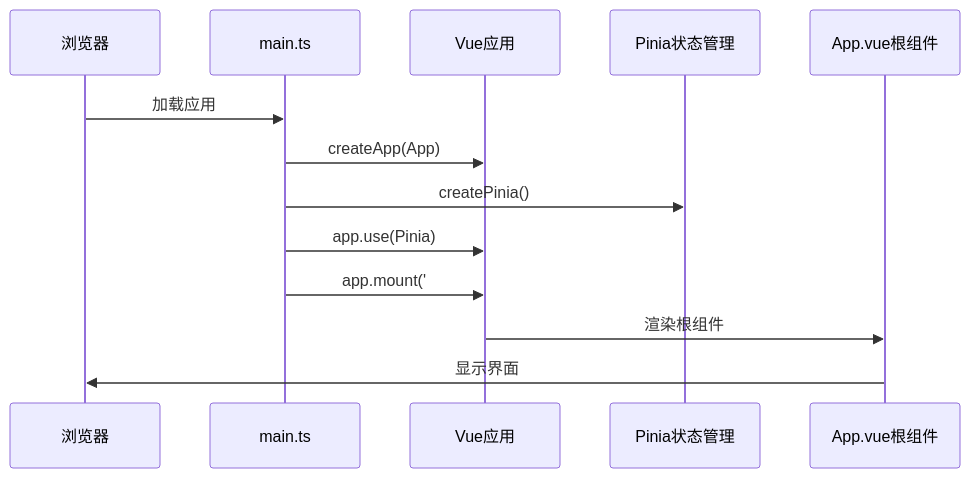
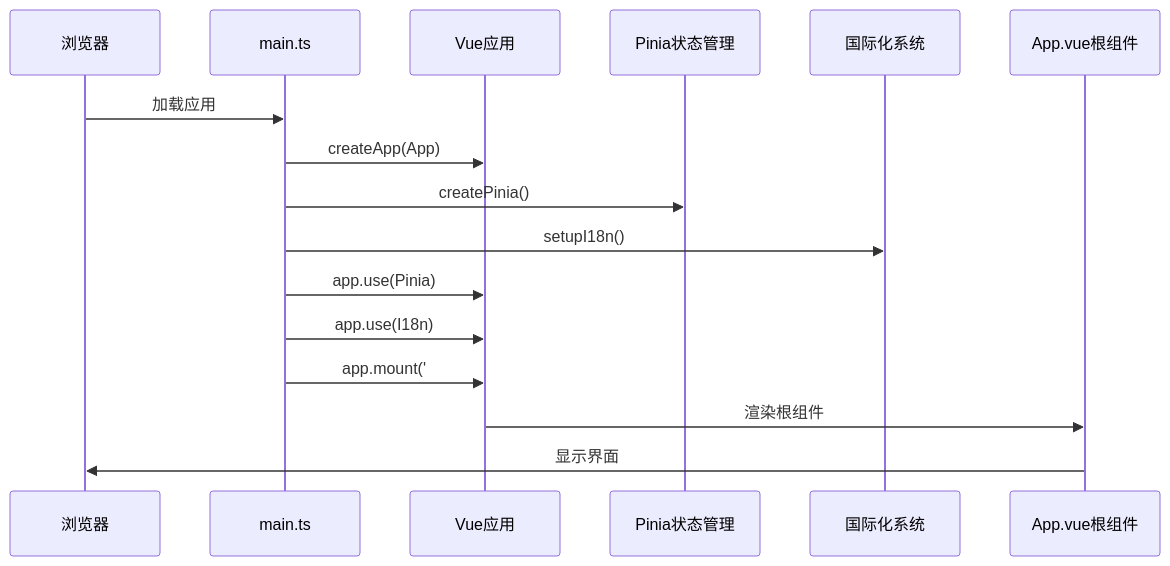
One commit to itsharex/NexTunnel changed the second of 15 diagrams in .qoder/repowiki/zh/content/架构设计/桌面端架构设计/前端架构设计/前端架构设计.md. Above: the diagram before and after it, drawn with Mermaid. The commit also changed other lines of this file and 41 other files, not shown here.

````diff
--- a/.qoder/repowiki/zh/content/架构设计/桌面端架构设计/前端架构设计/前端架构设计.md
+++ b/.qoder/repowiki/zh/content/架构设计/桌面端架构设计/前端架构设计/前端架构设计.md
@@ -113,15 +139,18 @@
 ```mermaid
 sequenceDiagram
 participant Browser as 浏览器
 participant Main as main.ts
 participant Vue as Vue应用
 participant Pinia as Pinia状态管理
+participant I18n as 国际化系统
 participant App as App.vue根组件
 Browser->>Main : 加载应用
 Main->>Vue : createApp(App)
 Main->>Pinia : createPinia()
+Main->>I18n : setupI18n()
 Main->>Vue : app.use(Pinia)
+Main->>Vue : app.use(I18n)
 Main->>Vue : app.mount('#app')
 Vue->>App : 渲染根组件
 App->>Browser : 显示界面
 ```
````
